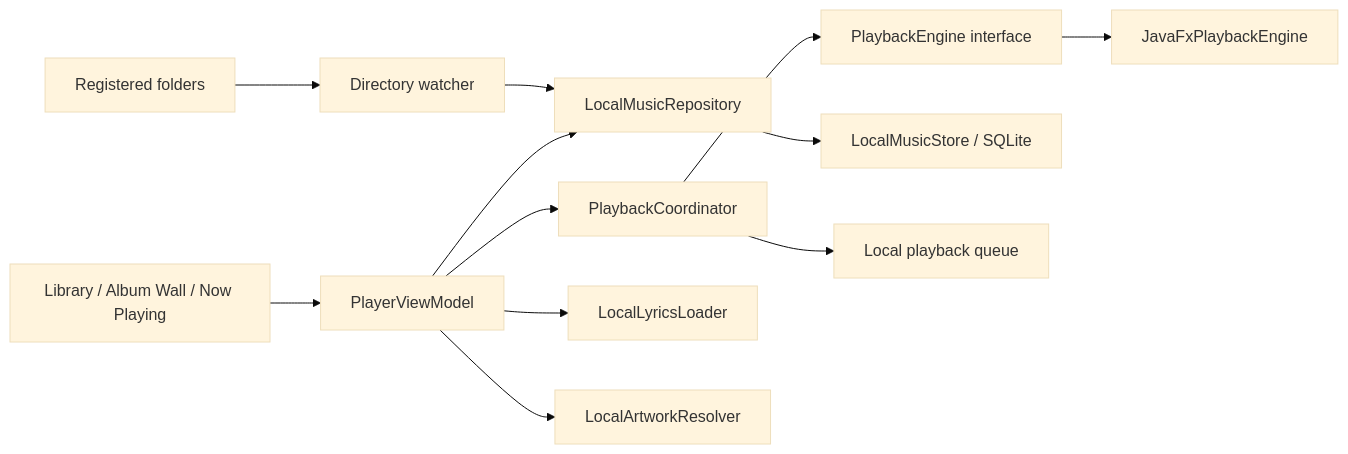
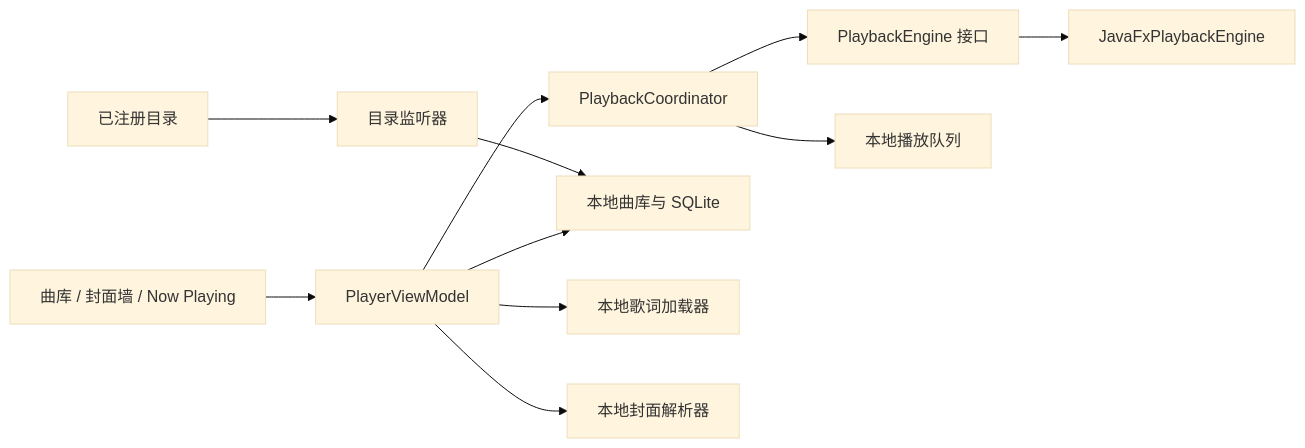
The diagram in docs/PLAYER-P1.md (ChangfengluoO71/desktop-music-candidate), drawn with Mermaid (base theme) before and after one commit. The commit also changed other lines of this file and 1 other file, not shown here.

Commit message:
Clarify DMC player P1 docs

````diff
--- a/docs/PLAYER-P1.md
+++ b/docs/PLAYER-P1.md
@@ -51,14 +76,13 @@
 ```mermaid
 flowchart LR
-  UI[Library / Album Wall / Now Playing] --> VM[PlayerViewModel]
+  UI[曲库 / 封面墙 / Now Playing] --> VM[PlayerViewModel]
   VM --> PC[PlaybackCoordinator]
-  PC --> PE[PlaybackEngine interface]
+  PC --> PE[PlaybackEngine 接口]
   PE --> FX[JavaFxPlaybackEngine]
-  VM --> LIB[LocalMusicRepository]
-  LIB --> DB[LocalMusicStore / SQLite]
-  PC --> Q[Local playback queue]
-  VM --> LY[LocalLyricsLoader]
-  VM --> ART[LocalArtworkResolver]
-  ROOTS[Registered folders] --> WATCH[Directory watcher]
+  VM --> LIB[本地曲库与 SQLite]
+  PC --> Q[本地播放队列]
+  VM --> LY[本地歌词加载器]
+  VM --> ART[本地封面解析器]
+  ROOT[已注册目录] --> WATCH[目录监听器]
   WATCH --> LIB
 ```
````
